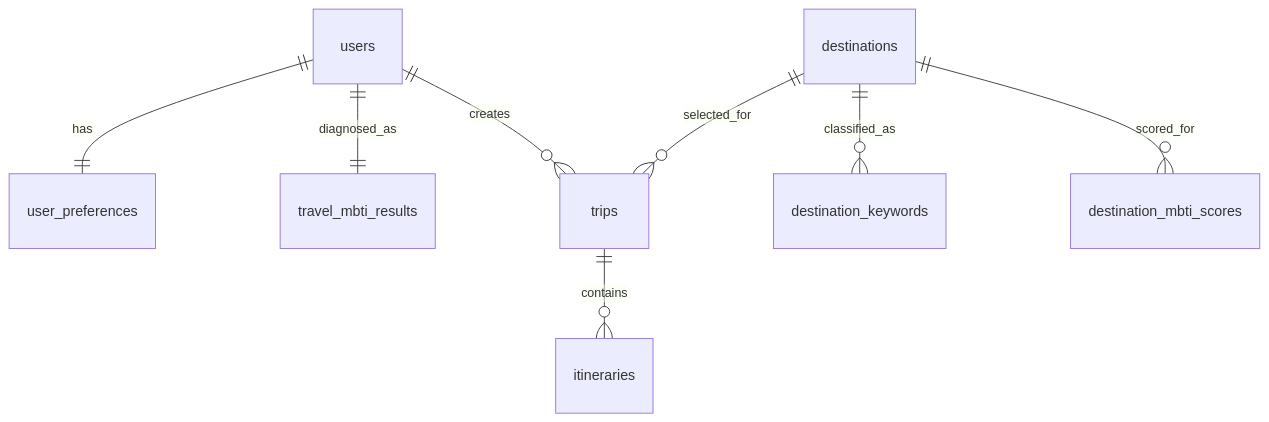
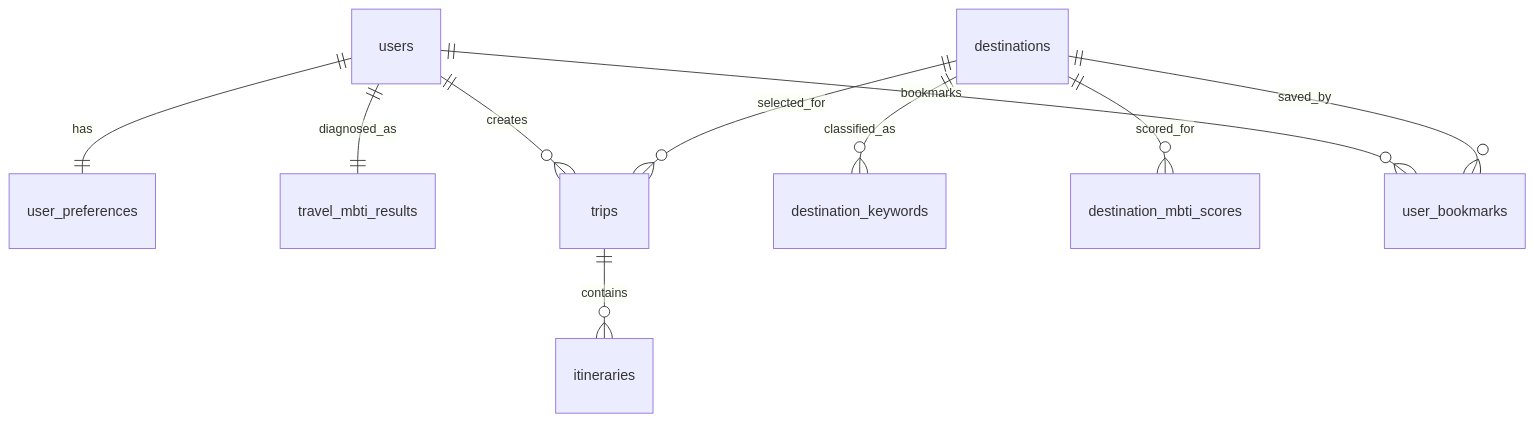
The diagram in docs/architecture/DB_SCHEMA.md (prgrms-aibe-devcourse/AIBE7-Project1-Team02), drawn with Mermaid before and after one commit. The commit also changed other lines of this file and 18 other files, not shown here.

````diff
--- a/docs/architecture/DB_SCHEMA.md
+++ b/docs/architecture/DB_SCHEMA.md
@@ -203,10 +223,12 @@
 ```mermaid
 erDiagram
     users ||--|| user_preferences : has
     users ||--|| travel_mbti_results : diagnosed_as
     users ||--o{ trips : creates
     destinations ||--o{ trips : selected_for
     destinations ||--o{ destination_keywords : classified_as
     destinations ||--o{ destination_mbti_scores : scored_for
+    users ||--o{ user_bookmarks : bookmarks
+    destinations ||--o{ user_bookmarks : saved_by
     trips ||--o{ itineraries : contains
 ```
````
